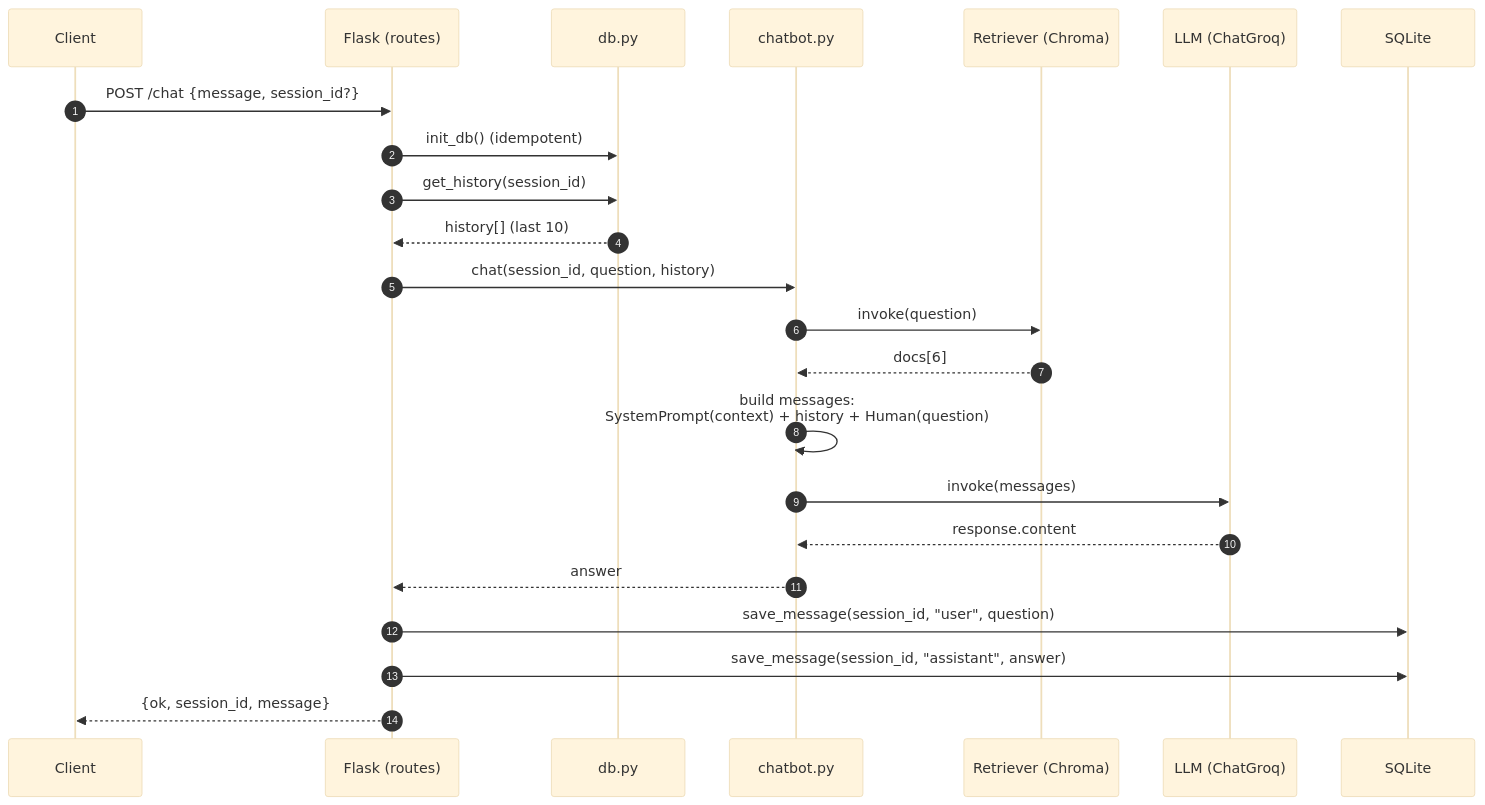
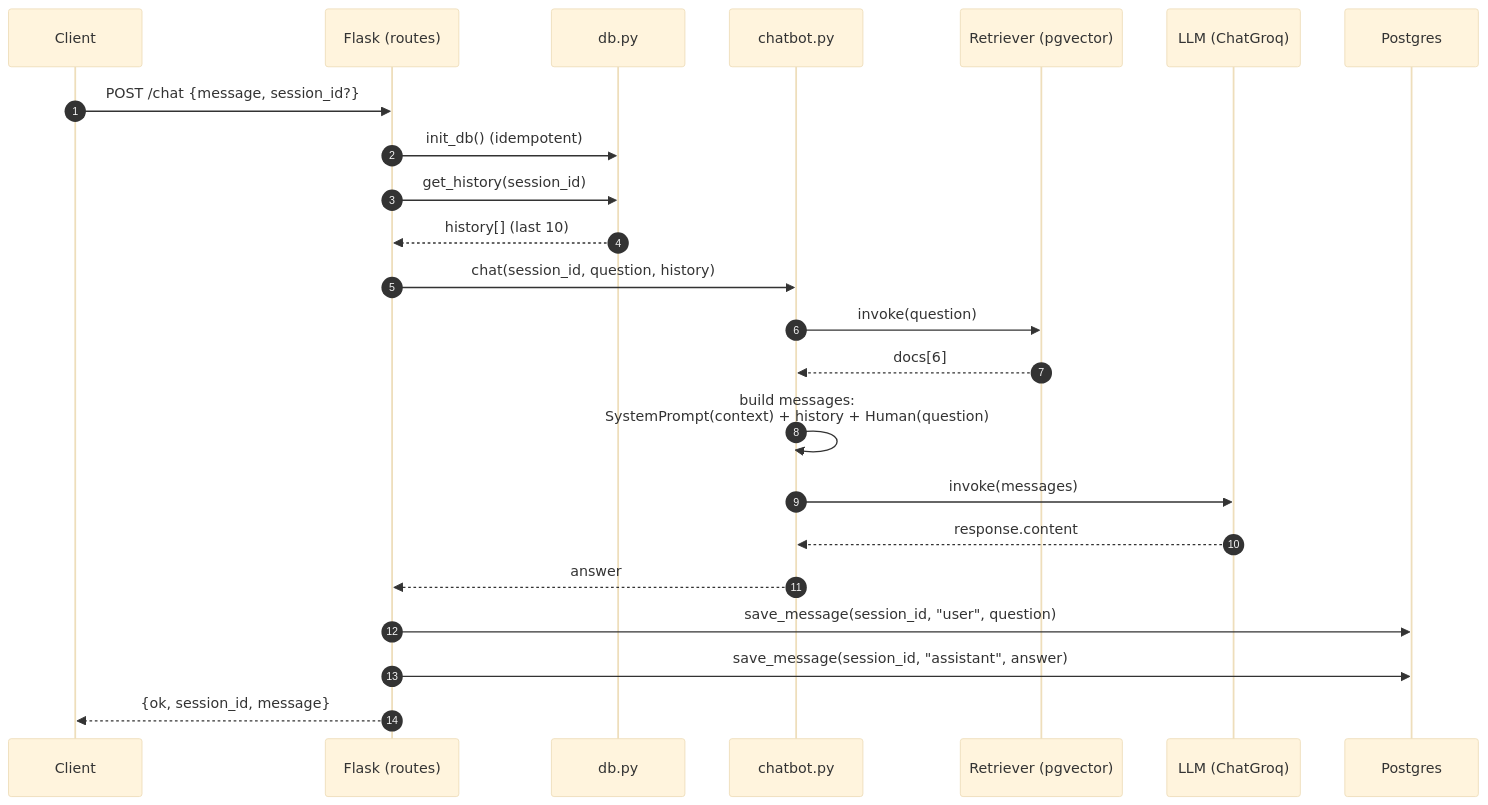
One commit to cleven12/edurag changed the second of 4 diagrams in docs/ARCHITECTURE.md. Above: the diagram before and after it, drawn with Mermaid (base theme). The commit also changed other lines of this file and 20 other files, not shown here.

First line of the commit message:
Migrate vector store + chat history to Postgres/pgvector, add React/TS chat widget

````diff
--- a/docs/ARCHITECTURE.md
+++ b/docs/ARCHITECTURE.md
@@ -94,29 +101,29 @@
 ```mermaid
 sequenceDiagram
     autonumber
     participant C as Client
     participant F as Flask (routes)
     participant D as db.py
     participant B as chatbot.py
-    participant R as Retriever (Chroma)
+    participant R as Retriever (pgvector)
     participant L as LLM (ChatGroq)
-    participant S as SQLite
+    participant S as Postgres
 
     C->>F: POST /chat {message, session_id?}
     F->>D: init_db()  (idempotent)
     F->>D: get_history(session_id)
     D-->>F: history[] (last 10)
     F->>B: chat(session_id, question, history)
 
     B->>R: invoke(question)
     R-->>B: docs[6]
 
     B->>B: build messages:<br/>SystemPrompt(context) + history + Human(question)
     B->>L: invoke(messages)
     L-->>B: response.content
 
     B-->>F: answer
     F->>S: save_message(session_id, "user", question)
     F->>S: save_message(session_id, "assistant", answer)
     F-->>C: {ok, session_id, message}
 ```
````
